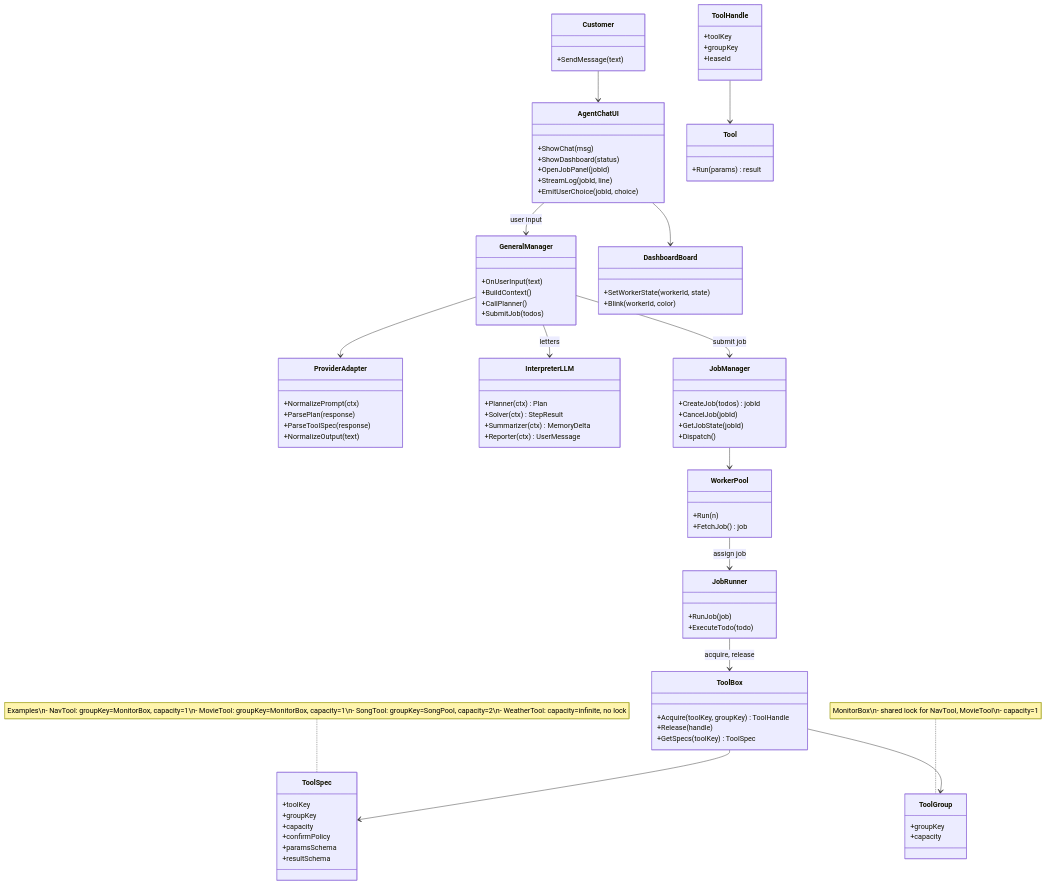
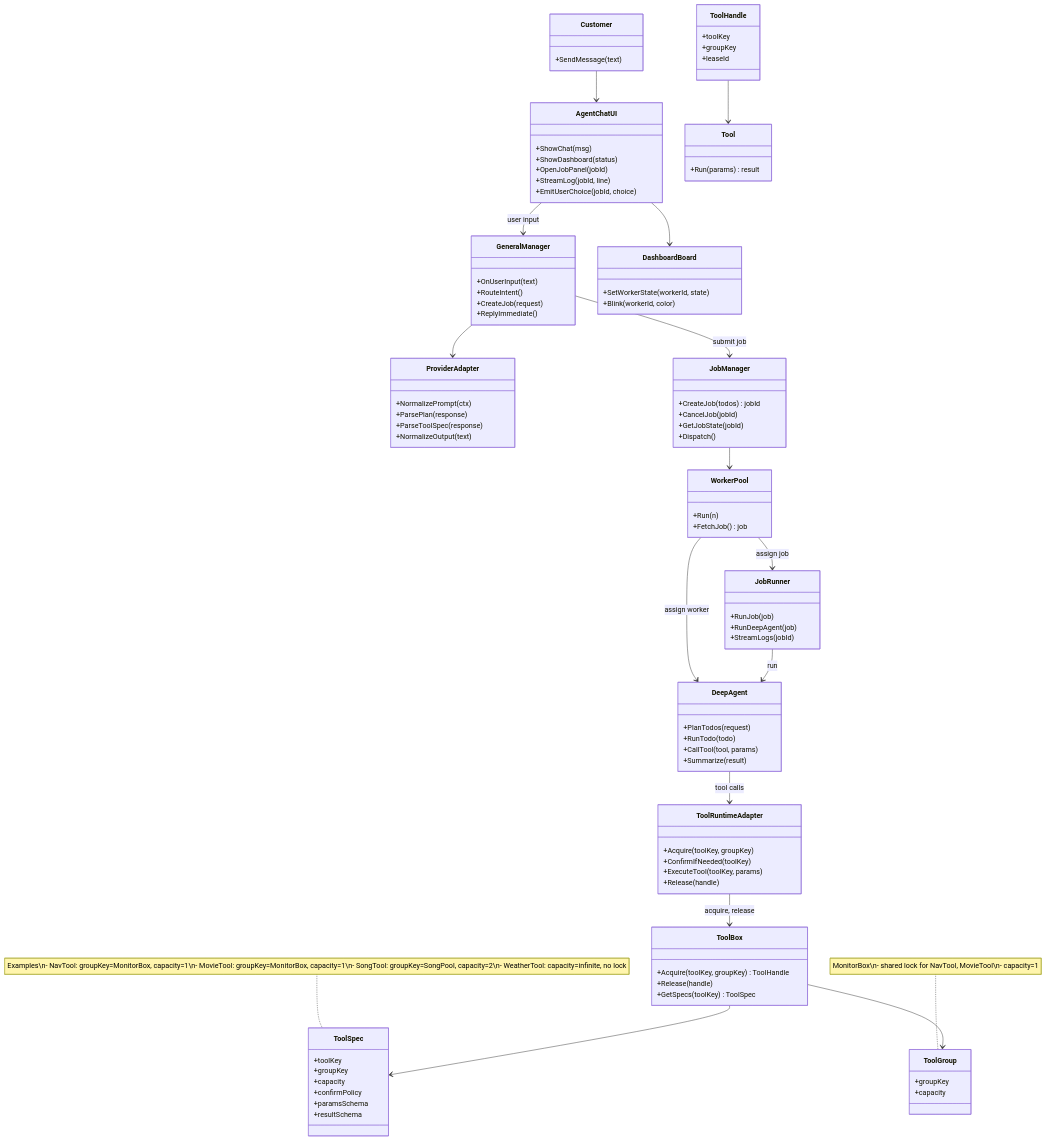
Before and after one commit to heonsik/agent_chat: the first of 2 diagrams in docs/agent_world_models_v2.md, drawn with Mermaid. The commit also changed other lines of this file and 4 other files, not shown here.

Commit message:
Update world-model docs for GM/DeepAgent split

```diff
--- a/docs/agent_world_models_v2.md
+++ b/docs/agent_world_models_v2.md
@@ -20,9 +20,9 @@
 
 class GeneralManager {
   +OnUserInput(text)
-  +BuildContext()
-  +CallPlanner()
-  +SubmitJob(todos)
+  +RouteIntent()
+  +CreateJob(request)
+  +ReplyImmediate()
 }
 
 class ProviderAdapter {
@@ -32,11 +32,11 @@
   +NormalizeOutput(text)
 }
 
-class InterpreterLLM {
-  +Planner(ctx) Plan
-  +Solver(ctx) StepResult
-  +Summarizer(ctx) MemoryDelta
-  +Reporter(ctx) UserMessage
+class DeepAgent {
+  +PlanTodos(request)
+  +RunTodo(todo)
+  +CallTool(tool, params)
+  +Summarize(result)
 }
 
 class JobManager {
@@ -53,7 +53,15 @@
 
 class JobRunner {
   +RunJob(job)
-  +ExecuteTodo(todo)
+  +RunDeepAgent(job)
+  +StreamLogs(jobId)
+}
+
+class ToolRuntimeAdapter {
+  +Acquire(toolKey, groupKey)
+  +ConfirmIfNeeded(toolKey)
+  +ExecuteTool(toolKey, params)
+  +Release(handle)
 }
 
 class ToolBox {
@@ -94,12 +102,14 @@
 Customer --> AgentChatUI
 AgentChatUI --> GeneralManager : user input
 GeneralManager --> ProviderAdapter
-GeneralManager --> InterpreterLLM : letters
+WorkerPool --> DeepAgent : assign worker
 GeneralManager --> JobManager : submit job
 
 JobManager --> WorkerPool
 WorkerPool --> JobRunner : assign job
-JobRunner --> ToolBox : acquire, release
+JobRunner --> DeepAgent : run
+DeepAgent --> ToolRuntimeAdapter : tool calls
+ToolRuntimeAdapter --> ToolBox : acquire, release
 ToolBox --> ToolSpec
 ToolBox --> ToolGroup
 ToolHandle --> Tool
```
